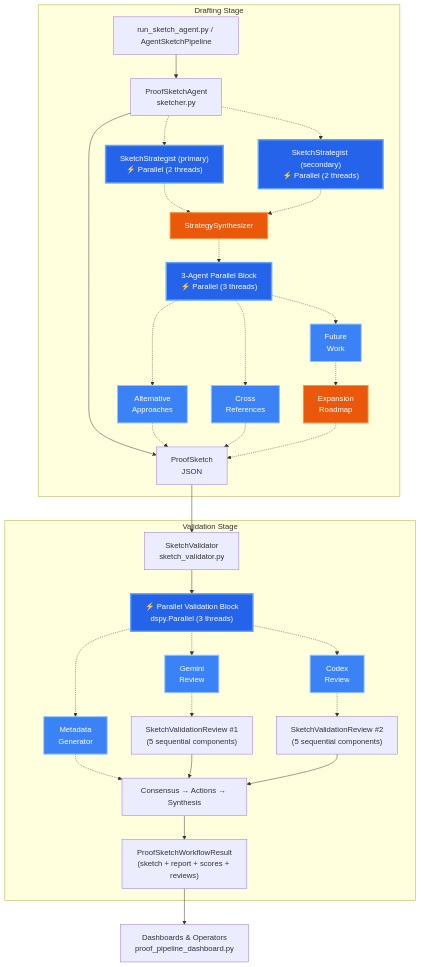
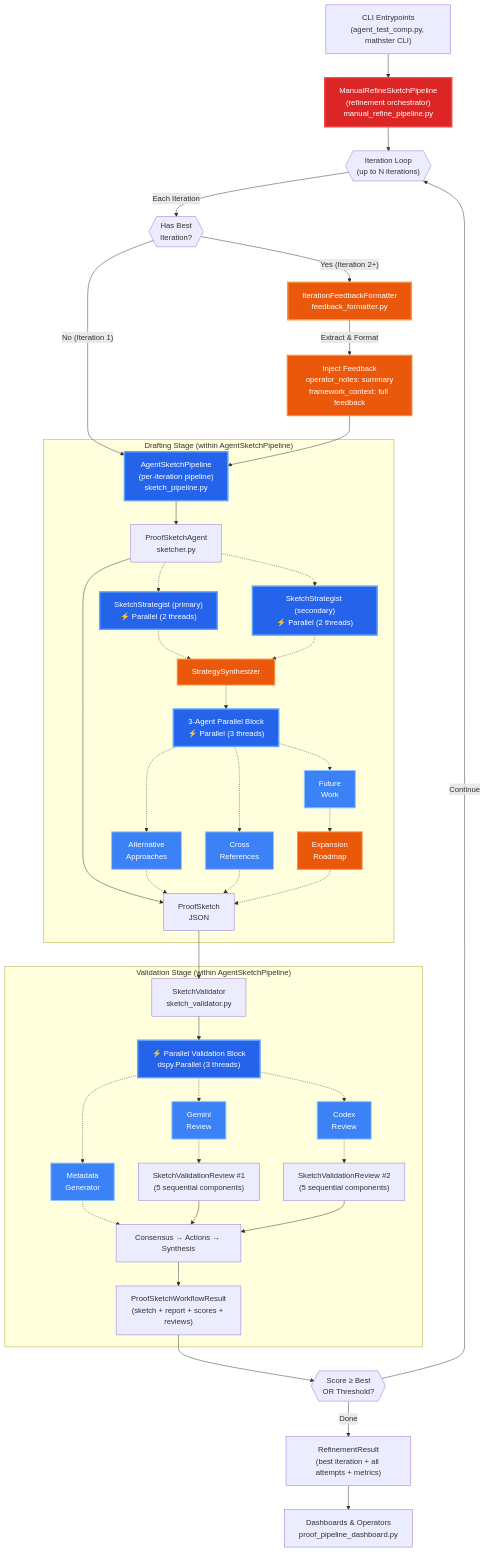
The second of 3 diagrams in src/mathster/proof_sketcher/README.md (FragileTech/fragile), drawn with Mermaid before and after one commit. The commit also changed other lines of this file and 428 other files, not shown here.

````diff
--- a/src/mathster/proof_sketcher/README.md
+++ b/src/mathster/proof_sketcher/README.md
@@ -14,50 +65,72 @@
 ```mermaid
 graph TD
-    subgraph "Drafting Stage"
-        A["run_sketch_agent.py / AgentSketchPipeline"] --> B["ProofSketchAgent<br/>sketcher.py"]
-        B --> C["ProofSketch<br/>JSON"]
-        B -.-> D1["SketchStrategist (primary)<br/>⚡ Parallel (2 threads)"]
-        B -.-> D2["SketchStrategist (secondary)<br/>⚡ Parallel (2 threads)"]
+    CLI["CLI Entrypoints<br/>(agent_test_comp.py, mathster CLI)"] --> MRP["ManualRefineSketchPipeline<br/>(refinement orchestrator)<br/>manual_refine_pipeline.py"]
+
+    MRP --> IterLoop{{"Iteration Loop<br/>(up to N iterations)"}}
+
+    IterLoop -->|"Each Iteration"| CheckFeedback{{"Has Best<br/>Iteration?"}}
+
+    CheckFeedback -->|"No (Iteration 1)"| ASP["AgentSketchPipeline<br/>(per-iteration pipeline)<br/>sketch_pipeline.py"]
+    CheckFeedback -->|"Yes (Iteration 2+)"| FeedbackExt["IterationFeedbackFormatter<br/>feedback_formatter.py"]
+
+    FeedbackExt -->|"Extract & Format"| FeedbackInject["Inject Feedback<br/>operator_notes: summary<br/>framework_context: full feedback"]
+    FeedbackInject --> ASP
+
+    subgraph "Drafting Stage (within AgentSketchPipeline)"
+        ASP --> PSA["ProofSketchAgent<br/>sketcher.py"]
+        PSA --> Sketch["ProofSketch<br/>JSON"]
+        PSA -.-> D1["SketchStrategist (primary)<br/>⚡ Parallel (2 threads)"]
+        PSA -.-> D2["SketchStrategist (secondary)<br/>⚡ Parallel (2 threads)"]
         D1 -.-> D3["StrategySynthesizer"]
         D2 -.-> D3
         D3 -.-> D4["3-Agent Parallel Block<br/>⚡ Parallel (3 threads)"]
         D4 -.-> D5["Alternative<br/>Approaches"]
         D4 -.-> D6["Future<br/>Work"]
         D4 -.-> D7["Cross<br/>References"]
-        D5 -.-> C
+        D5 -.-> Sketch
         D6 -.-> D8["Expansion<br/>Roadmap"]
-        D7 -.-> C
-        D8 -.-> C
+        D7 -.-> Sketch
+        D8 -.-> Sketch
+
         style D1 fill:#2563eb,stroke:#60a5fa,stroke-width:3px,color:#fff
         style D2 fill:#2563eb,stroke:#60a5fa,stroke-width:3px,color:#fff
         style D3 fill:#ea580c,stroke:#fb923c,stroke-width:2px,color:#fff
         style D4 fill:#2563eb,stroke:#60a5fa,stroke-width:3px,color:#fff
         style D5 fill:#3b82f6,stroke:#93c5fd,stroke-width:2px,color:#fff
         style D6 fill:#3b82f6,stroke:#93c5fd,stroke-width:2px,color:#fff
         style D7 fill:#3b82f6,stroke:#93c5fd,stroke-width:2px,color:#fff
         style D8 fill:#ea580c,stroke:#fb923c,stroke-width:2px,color:#fff
     end
 
-    subgraph "Validation Stage"
-        C --> E["SketchValidator<br/>sketch_validator.py"]
-        E --> VP["⚡ Parallel Validation Block<br/>dspy.Parallel (3 threads)"]
+    subgraph "Validation Stage (within AgentSketchPipeline)"
+        Sketch --> Val["SketchValidator<br/>sketch_validator.py"]
+        Val --> VP["⚡ Parallel Validation Block<br/>dspy.Parallel (3 threads)"]
 
         VP -.-> M["Metadata<br/>Generator"]
         VP -.-> F1["Gemini<br/>Review"]
         VP -.-> F2["Codex<br/>Review"]
 
-        M -.-> I
+        M -.-> Consensus
         F1 -.-> G["SketchValidationReview #1<br/>(5 sequential components)"]
         F2 -.-> H["SketchValidationReview #2<br/>(5 sequential components)"]
-        G --> I["Consensus → Actions → Synthesis"]
-        H --> I
-        I --> J["ProofSketchWorkflowResult<br/>(sketch + report + scores + reviews)"]
+        G --> Consensus["Consensus → Actions → Synthesis"]
+        H --> Consensus
+        Consensus --> Result["ProofSketchWorkflowResult<br/>(sketch + report + scores + reviews)"]
 
         style VP fill:#2563eb,stroke:#60a5fa,stroke-width:3px,color:#fff
         style M fill:#3b82f6,stroke:#93c5fd,stroke-width:2px,color:#fff
         style F1 fill:#3b82f6,stroke:#93c5fd,stroke-width:2px,color:#fff
         style F2 fill:#3b82f6,stroke:#93c5fd,stroke-width:2px,color:#fff
     end
 
-    J --> K["Dashboards & Operators<br/>proof_pipeline_dashboard.py"]
+    Result --> ScoreCheck{{"Score ≥ Best<br/>OR Threshold?"}}
+    ScoreCheck -->|"Continue"| IterLoop
+    ScoreCheck -->|"Done"| FinalResult["RefinementResult<br/>(best iteration + all attempts + metrics)"]
+
+    FinalResult --> Dashboard["Dashboards & Operators<br/>proof_pipeline_dashboard.py"]
+
+    style MRP fill:#dc2626,stroke:#ef4444,stroke-width:3px,color:#fff
+    style FeedbackExt fill:#ea580c,stroke:#fb923c,stroke-width:3px,color:#fff
+    style FeedbackInject fill:#ea580c,stroke:#fb923c,stroke-width:2px,color:#fff
+    style ASP fill:#2563eb,stroke:#60a5fa,stroke-width:3px,color:#fff
 ```
````
